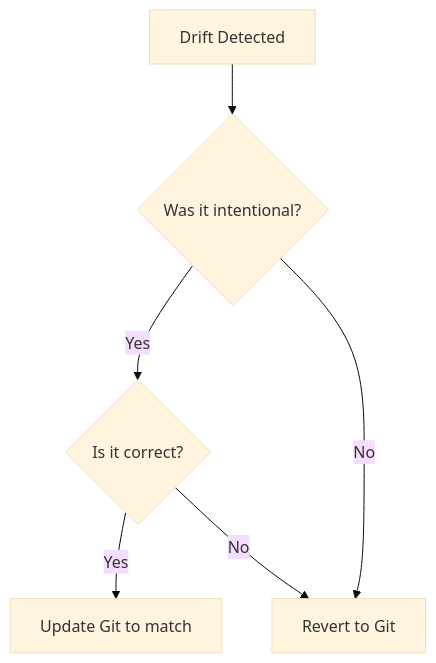
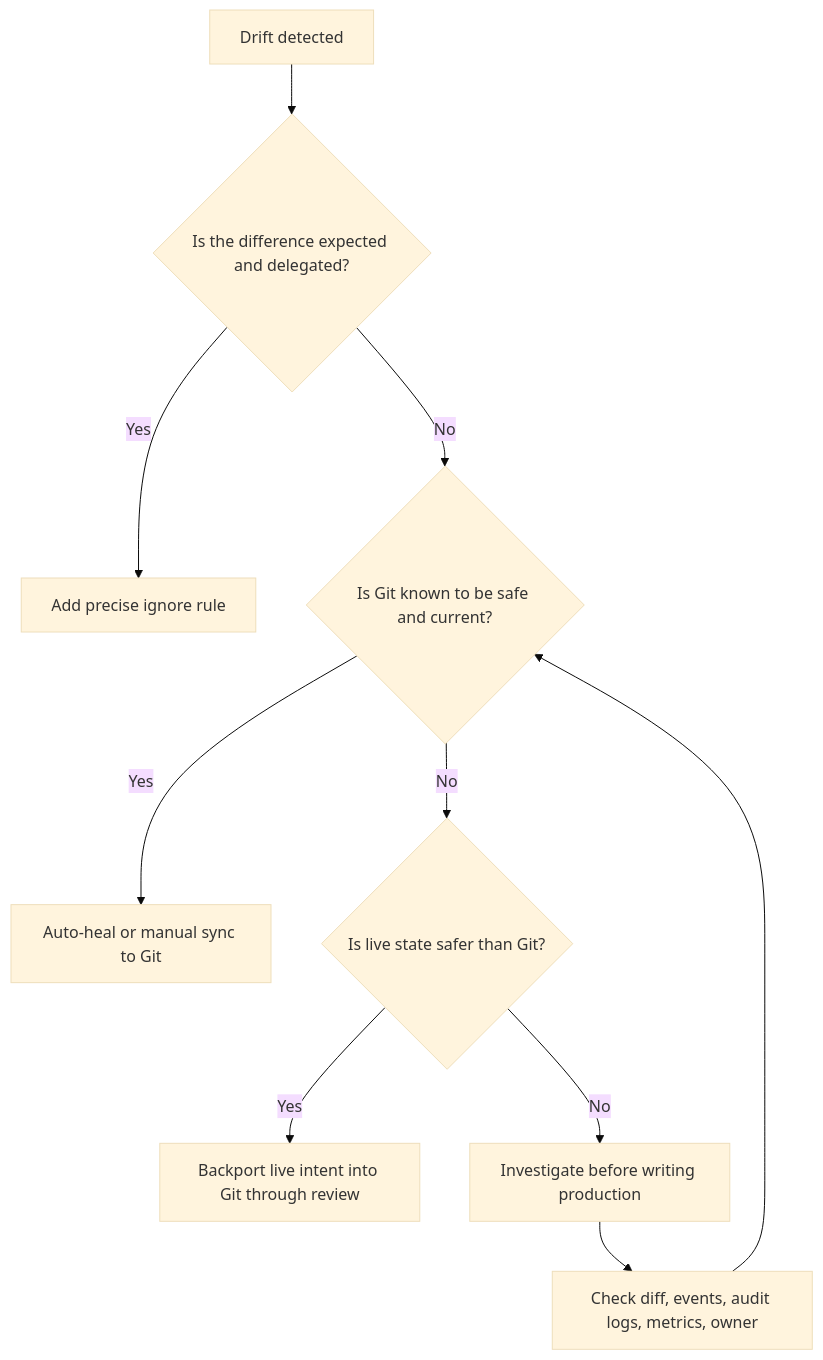
The fifth of 5 diagrams in src/content/docs/platform/disciplines/delivery-automation/gitops/module-3.4-drift-detection.md (krisztiankoos/kubedojo), drawn with Mermaid (base theme) before and after one commit. The commit also changed other lines of this file, not shown here.

First line of the commit message:
quality(rewrite): codex rewrite platform-disciplines-delivery-automation-gitops-module-3.4-drift-detection (attempt a4be9fd653ba)

````diff
--- a/src/content/docs/platform/disciplines/delivery-automation/gitops/module-3.4-drift-detection.md
+++ b/src/content/docs/platform/disciplines/delivery-automation/gitops/module-3.4-drift-detection.md
@@ -521,8 +431,12 @@
 ```mermaid
 flowchart TD
-    A[Drift Detected] --> B{Was it intentional?}
-    B -- Yes --> C{Is it correct?}
-    B -- No --> D[Revert to Git]
-    C -- Yes --> E[Update Git to match]
-    C -- No --> D
+    A["Drift detected"] --> B{"Is the difference expected and delegated?"}
+    B -- "Yes" --> C["Add precise ignore rule"]
+    B -- "No" --> D{"Is Git known to be safe and current?"}
+    D -- "Yes" --> E["Auto-heal or manual sync to Git"]
+    D -- "No" --> F{"Is live state safer than Git?"}
+    F -- "Yes" --> G["Backport live intent into Git through review"]
+    F -- "No" --> H["Investigate before writing production"]
+    H --> I["Check diff, events, audit logs, metrics, owner"]
+    I --> D
 ```
````
